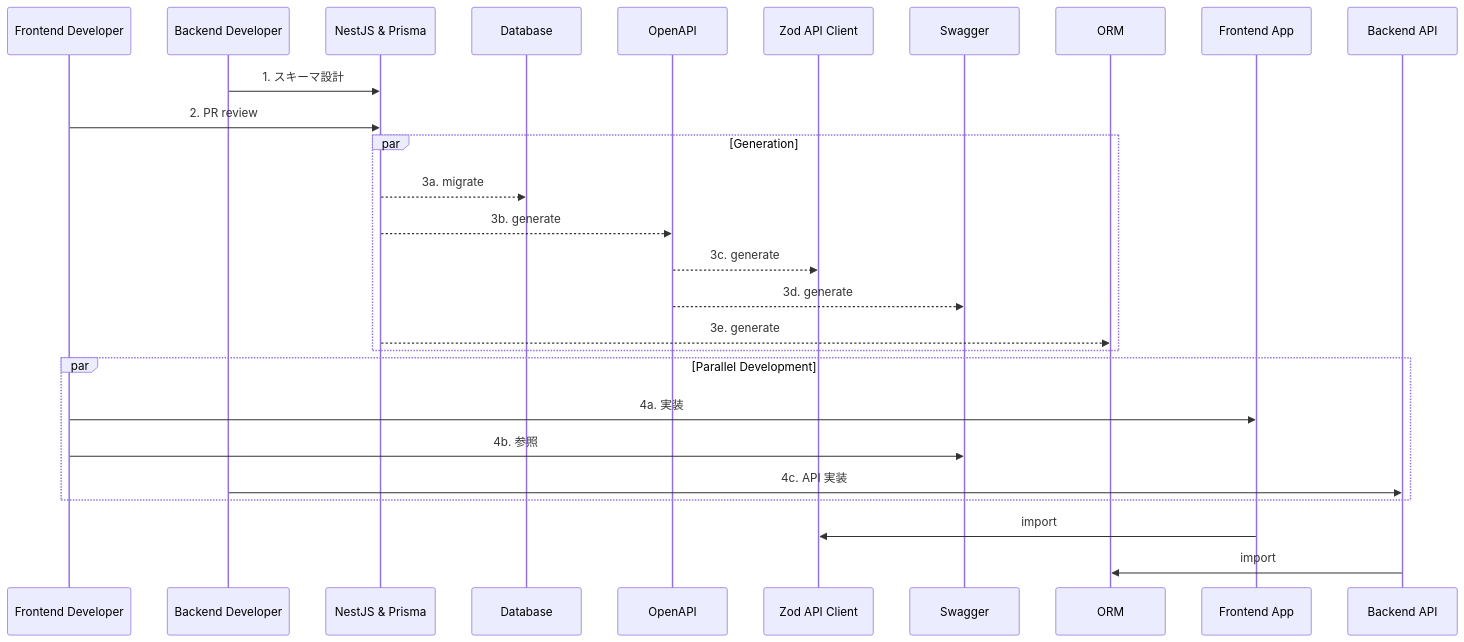
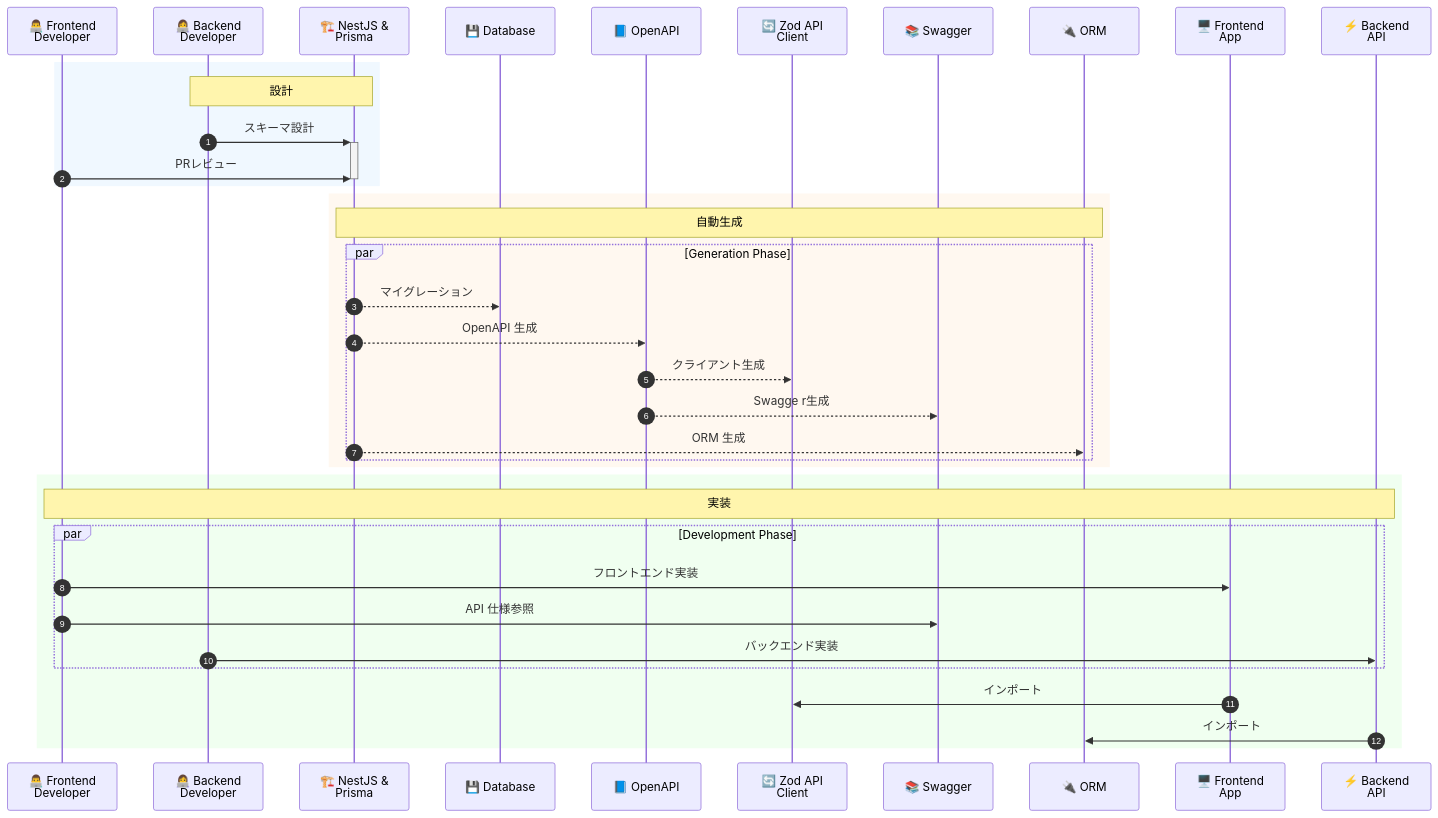
Before and after one commit to danny-yamamoto/zenn-docs: the second of 2 diagrams in articles/812a65cf883b98.md, drawn with Mermaid. The commit also changed other lines of this file, not shown here.

````diff
--- a/articles/812a65cf883b98.md
+++ b/articles/812a65cf883b98.md
@@ -70,33 +99,43 @@
 ```mermaid
 sequenceDiagram
-    participant FD as Frontend Developer
-    participant BD as Backend Developer
-    participant Ent as NestJS & Prisma
-    participant DB as Database
-    participant OA as OpenAPI
-    participant CL as Zod API Client
-    participant SW as Swagger
-    participant ORM as ORM
-    participant FA as Frontend App
-    participant BA as Backend API
+    autonumber
+    participant FD as 👨‍💻 Frontend<br/>Developer
+    participant BD as 👩‍💻 Backend<br/>Developer
+    participant Ent as 🏗️ NestJS &<br/>Prisma
+    participant DB as 💾 Database
+    participant OA as 📘 OpenAPI
+    participant CL as 🔄 Zod API<br/>Client
+    participant SW as 📚 Swagger
+    participant ORM as 🔌 ORM
+    participant FA as 🖥️ Frontend<br/>App
+    participant BA as ⚡ Backend<br/>API
 
-    BD->>Ent: 1. スキーマ設計
-    FD->>Ent: 2. PR review
-    
-    par Generation
-        Ent-->>DB: 3a. migrate
-        Ent-->>OA: 3b. generate
-        OA-->>CL: 3c. generate
-        OA-->>SW: 3d. generate
-        Ent-->>ORM: 3e. generate
+    rect rgb(240, 248, 255)
+        Note over BD,Ent: 設計
+        BD->>+Ent: スキーマ設計
+        FD->>Ent: PRレビュー
+        deactivate Ent
     end
-    
-    par Parallel Development
-        FD->>FA: 4a. 実装
-        FD->>SW: 4b. 参照
-        BD->>BA: 4c. API 実装
+
+    rect rgb(255, 248, 240)
+        Note over Ent,ORM: 自動生成
+        par Generation Phase
+            Ent-->>DB: マイグレーション
+            Ent-->>OA: OpenAPI 生成
+            OA-->>CL: クライアント生成
+            OA-->>SW: Swagge r生成
+            Ent-->>ORM: ORM 生成
+        end
     end
-    
-    FA->>CL: import
-    BA->>ORM: import
+
+    rect rgb(240, 255, 240)
+        Note over FD,BA: 実装
+        par Development Phase
+            FD->>FA: フロントエンド実装
+            FD->>SW: API 仕様参照
+            BD->>BA: バックエンド実装
+        end
+        FA->>CL: インポート
+        BA->>ORM: インポート
+    end
 ```
````
